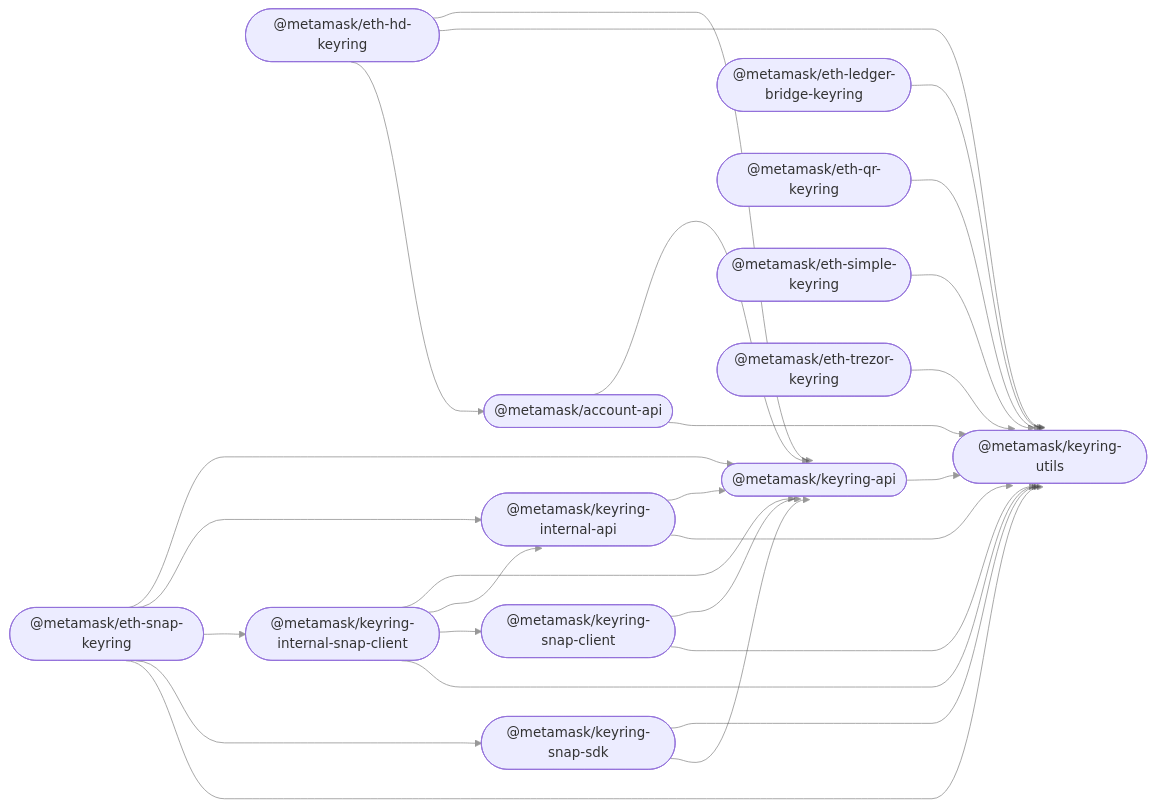
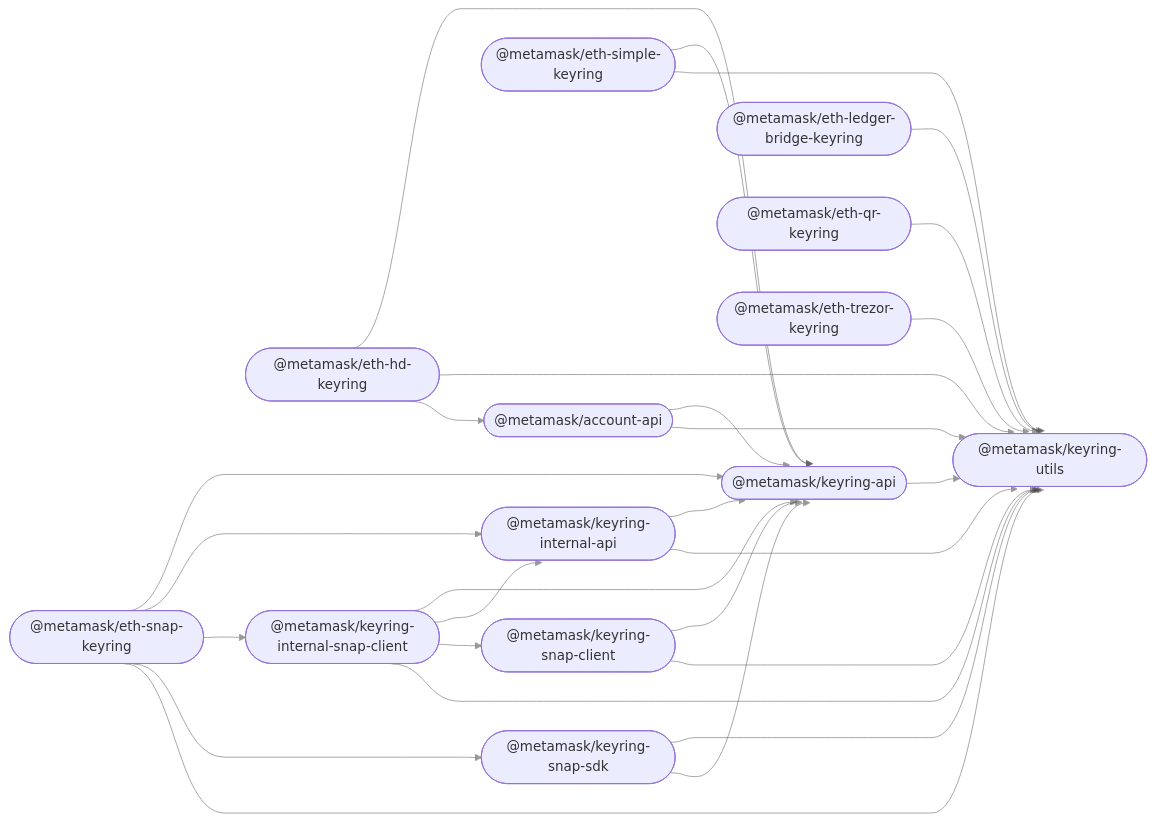
One commit to MetaMask/accounts changed the diagram in README.md. Above: the diagram before and after it, drawn with Mermaid. The commit also changed 8 other files, not shown here.

First line of the commit message:
feat: add `SimpleKeyringV2` (#409)

````diff
--- a/README.md
+++ b/README.md
@@ -35,43 +35,44 @@
 ```mermaid
 %%{ init: { 'flowchart': { 'curve': 'bumpX' } } }%%
 graph LR;
 linkStyle default opacity:0.5
   account_api(["@metamask/account-api"]);
   keyring_api(["@metamask/keyring-api"]);
   eth_hd_keyring(["@metamask/eth-hd-keyring"]);
   eth_ledger_bridge_keyring(["@metamask/eth-ledger-bridge-keyring"]);
   eth_qr_keyring(["@metamask/eth-qr-keyring"]);
   eth_simple_keyring(["@metamask/eth-simple-keyring"]);
   eth_trezor_keyring(["@metamask/eth-trezor-keyring"]);
   keyring_internal_api(["@metamask/keyring-internal-api"]);
   keyring_internal_snap_client(["@metamask/keyring-internal-snap-client"]);
   eth_snap_keyring(["@metamask/eth-snap-keyring"]);
   keyring_snap_client(["@metamask/keyring-snap-client"]);
   keyring_snap_sdk(["@metamask/keyring-snap-sdk"]);
   keyring_utils(["@metamask/keyring-utils"]);
   account_api --> keyring_api;
   account_api --> keyring_utils;
   keyring_api --> keyring_utils;
   eth_hd_keyring --> keyring_api;
   eth_hd_keyring --> keyring_utils;
   eth_hd_keyring --> account_api;
   eth_ledger_bridge_keyring --> keyring_utils;
   eth_qr_keyring --> keyring_utils;
+  eth_simple_keyring --> keyring_api;
   eth_simple_keyring --> keyring_utils;
   eth_trezor_keyring --> keyring_utils;
   keyring_internal_api --> keyring_api;
   keyring_internal_api --> keyring_utils;
   keyring_internal_snap_client --> keyring_api;
   keyring_internal_snap_client --> keyring_internal_api;
   keyring_internal_snap_client --> keyring_snap_client;
   keyring_internal_snap_client --> keyring_utils;
   eth_snap_keyring --> keyring_api;
   eth_snap_keyring --> keyring_internal_api;
   eth_snap_keyring --> keyring_internal_snap_client;
   eth_snap_keyring --> keyring_snap_sdk;
   eth_snap_keyring --> keyring_utils;
   keyring_snap_client --> keyring_api;
   keyring_snap_client --> keyring_utils;
   keyring_snap_sdk --> keyring_utils;
   keyring_snap_sdk --> keyring_api;
 ```
````
